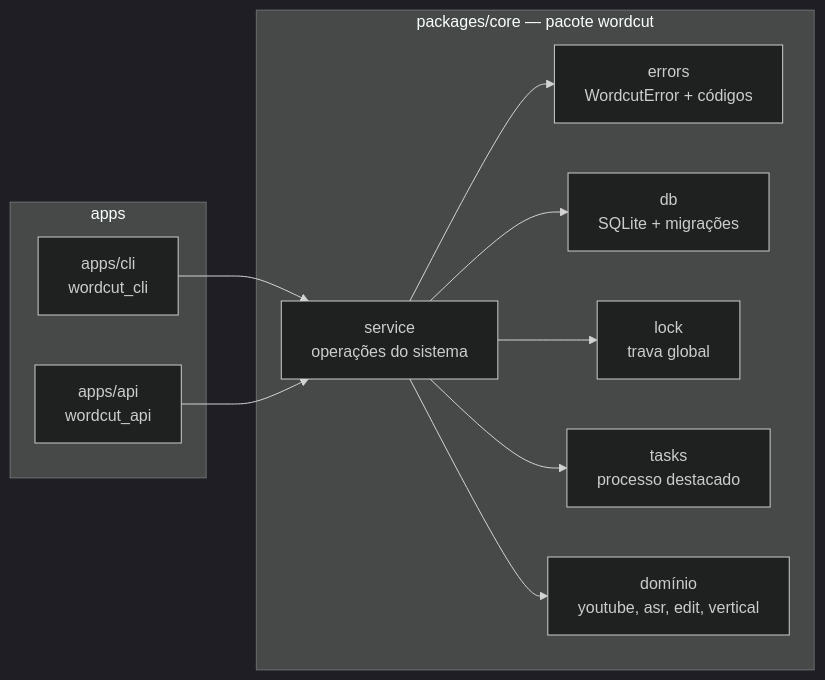
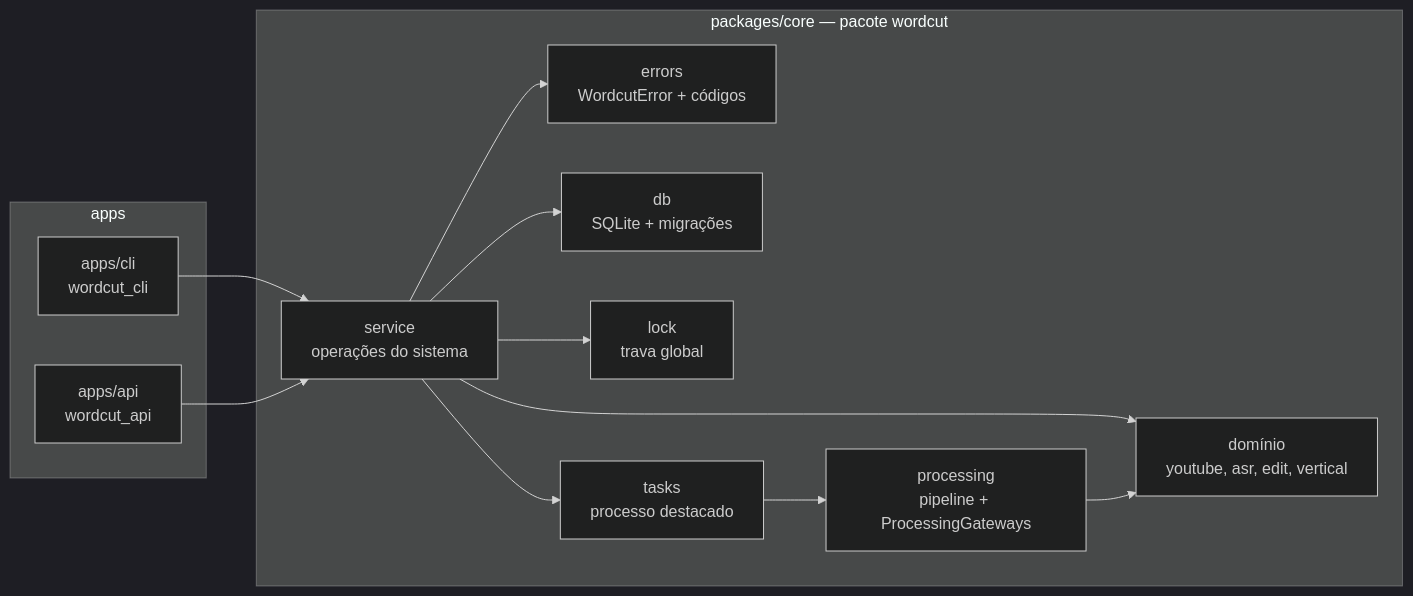
Before and after one commit to leandrokanis/wordcut: the third of 5 diagrams in docs/architecture/README.md, drawn with Mermaid (dark theme). The commit also changed other lines of this file and 44 other files, not shown here.

````diff
--- a/docs/architecture/README.md
+++ b/docs/architecture/README.md
@@ -62,22 +62,25 @@
 ```mermaid
 flowchart LR
   subgraph apps
     CLI["apps/cli<br/>wordcut_cli"]
     API["apps/api<br/>wordcut_api"]
   end
   subgraph core["packages/core — pacote wordcut"]
     SVC["service<br/>operações do sistema"]
     ERR["errors<br/>WordcutError + códigos"]
     DB["db<br/>SQLite + migrações"]
     LOCK["lock<br/>trava global"]
     TASK["tasks<br/>processo destacado"]
+    PROC["processing<br/>pipeline + ProcessingGateways"]
     DOM["domínio<br/>youtube, asr, edit, vertical"]
   end
   CLI --> SVC
   API --> SVC
   SVC --> DB
   SVC --> LOCK
   SVC --> TASK
   SVC --> DOM
   SVC --> ERR
+  TASK --> PROC
+  PROC --> DOM
 ```
````
